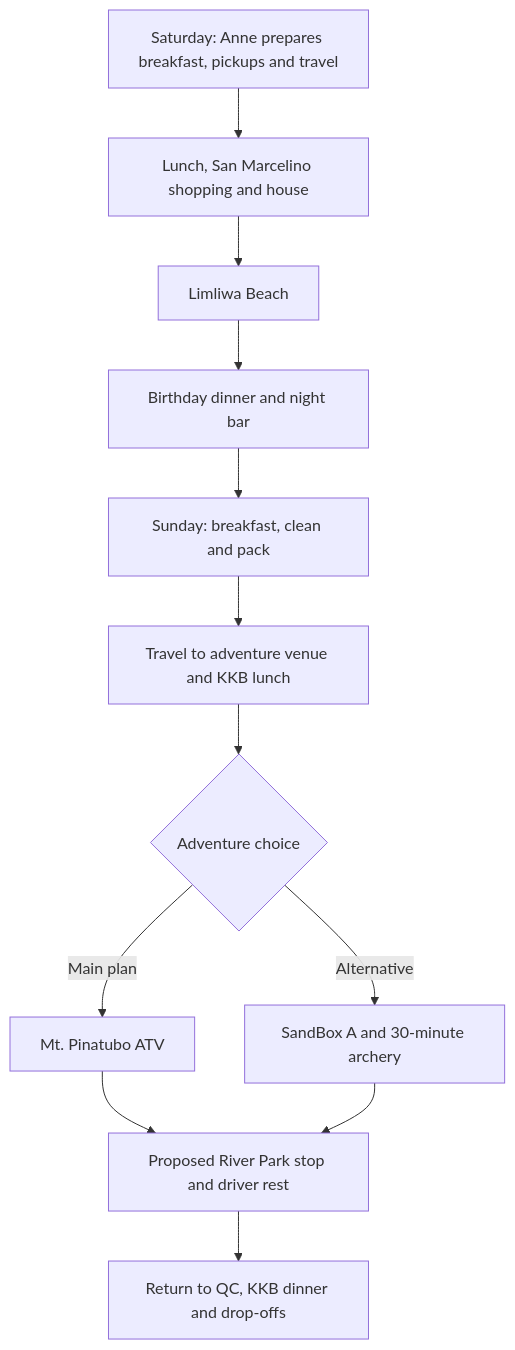
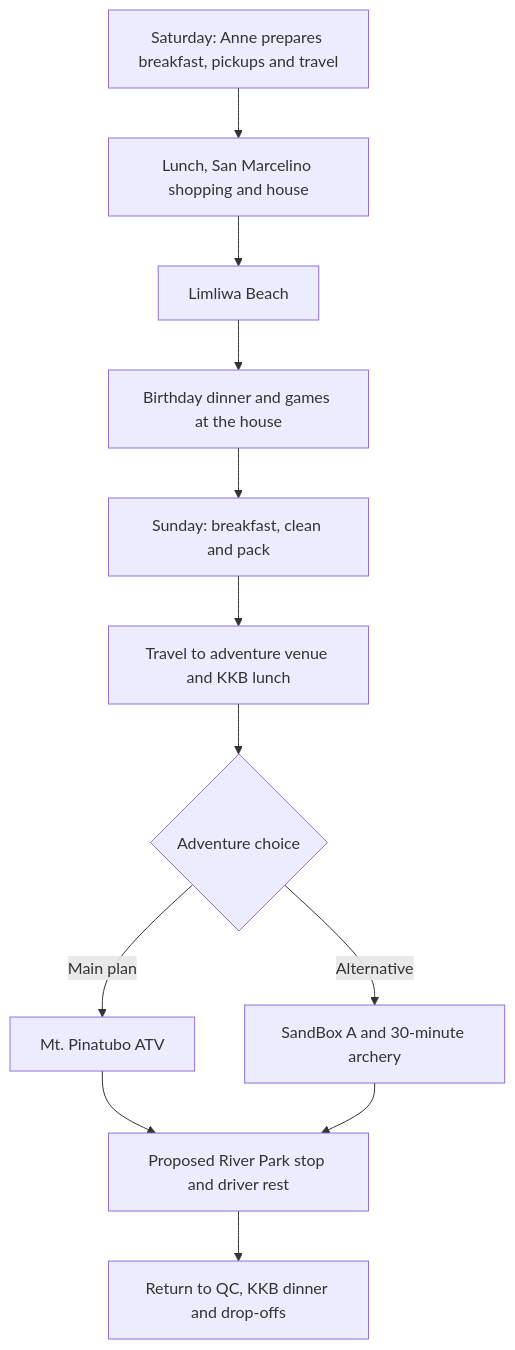
The diagram in assets/trip-flow.mmd (itsmcliam/Birthday-Plan), drawn with Mermaid before and after one commit. The commit also changed 5 other files, not shown here.

Commit message:
Replace Saturday outing with birthday games and bonding at the house

```diff
--- a/assets/trip-flow.mmd
+++ b/assets/trip-flow.mmd
@@ -1,12 +1,12 @@
 flowchart TD
     A["Saturday: Anne prepares breakfast, pickups and travel"] --> B["Lunch, San Marcelino shopping and house"]
     B --> C["Limliwa Beach"]
-    C --> D["Birthday dinner and night bar"]
+    C --> D["Birthday dinner and games at the house"]
     D --> E["Sunday: breakfast, clean and pack"]
     E --> F["Travel to adventure venue and KKB lunch"]
     F --> G{"Adventure choice"}
     G -->|"Main plan"| H["Mt. Pinatubo ATV"]
     G -->|"Alternative"| I["SandBox A and 30-minute archery"]
     H --> J["Proposed River Park stop and driver rest"]
     I --> J
     J --> K["Return to QC, KKB dinner and drop-offs"]
```
